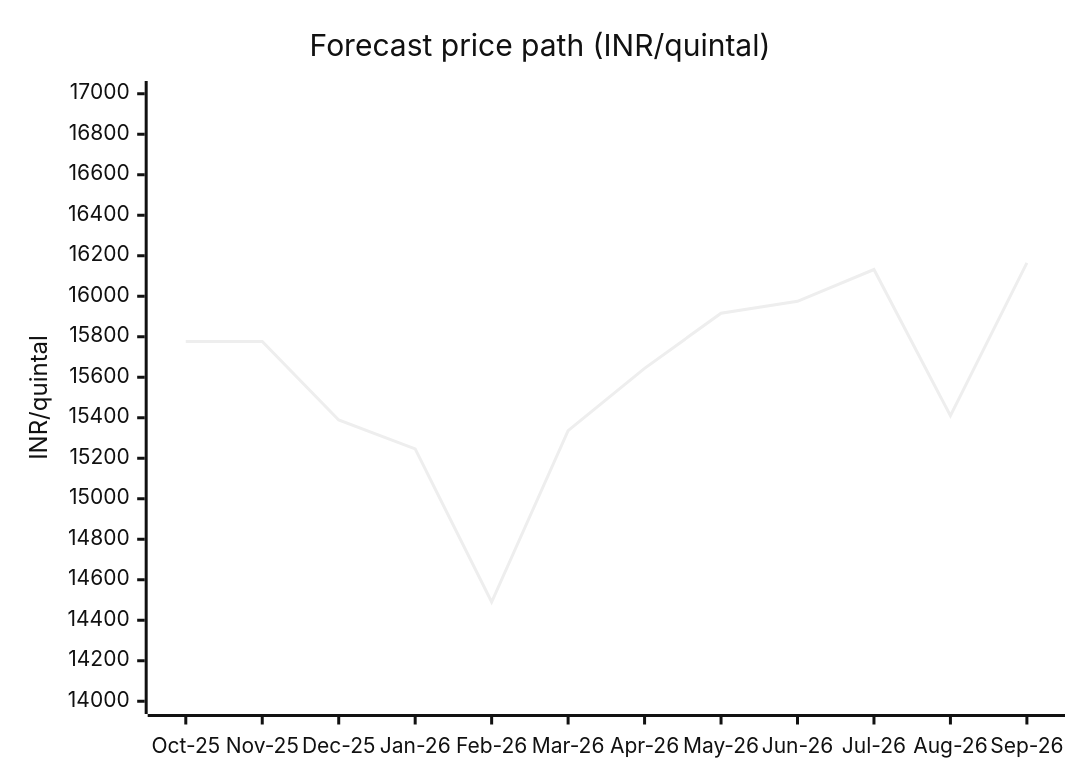
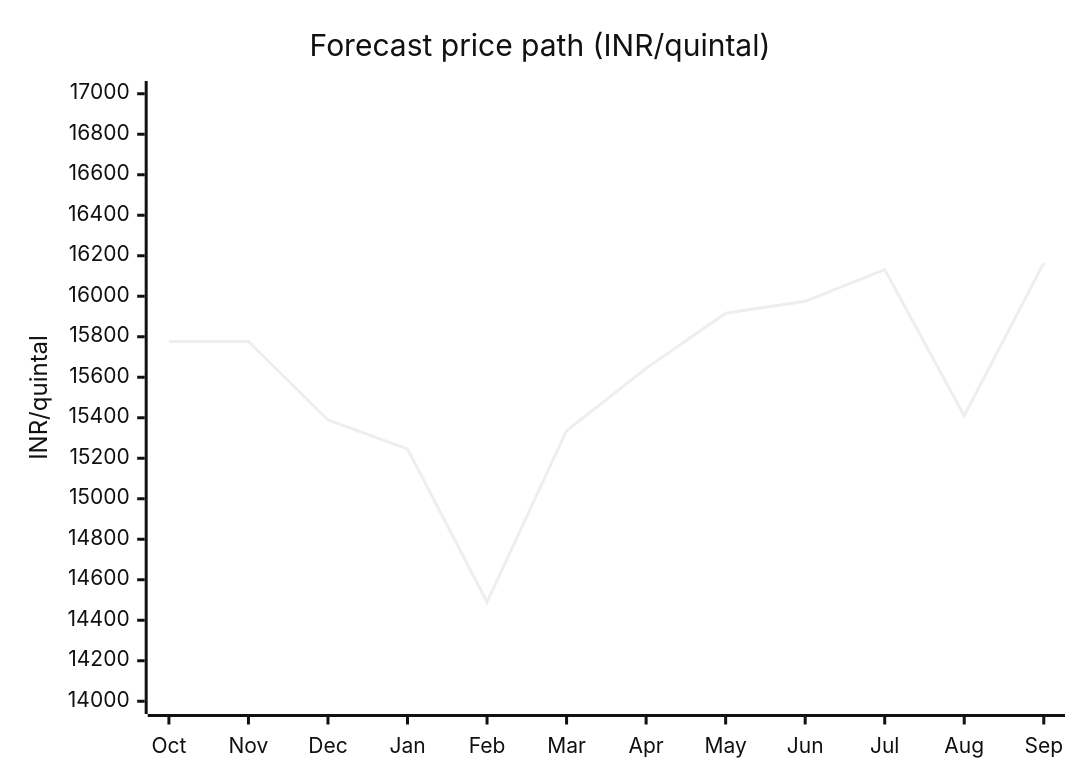
Before and after one commit to gamepatt78/way2agri-price-forecasting-engine: the fourth of 5 diagrams in README.md, drawn with Mermaid (neutral theme). The commit also changed other lines of this file and 2 other files, not shown here.

Commit message:
docs: improve diagram readability and labels

````diff
--- a/README.md
+++ b/README.md
@@ -237,7 +242,7 @@
 ```mermaid
 xychart-beta
     title "Forecast price path (INR/quintal)"
-    x-axis ["Oct-25", "Nov-25", "Dec-25", "Jan-26", "Feb-26", "Mar-26", "Apr-26", "May-26", "Jun-26", "Jul-26", "Aug-26", "Sep-26"]
+    x-axis ["Oct", "Nov", "Dec", "Jan", "Feb", "Mar", "Apr", "May", "Jun", "Jul", "Aug", "Sep"]
     y-axis "INR/quintal" 14000 --> 17000
     line [15776, 15777, 15389, 15246, 14490, 15336, 15644, 15916, 15975, 16132, 15410, 16165]
 ```
````
